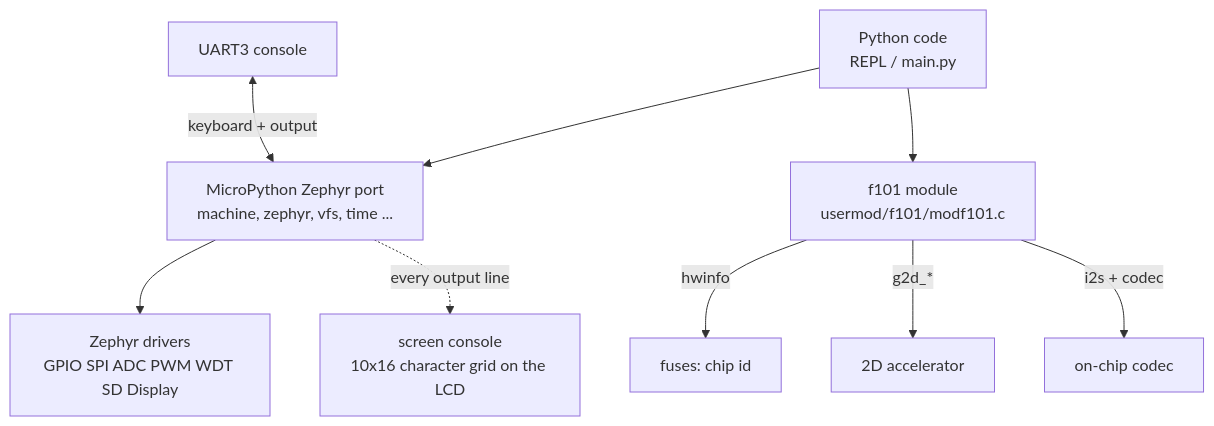
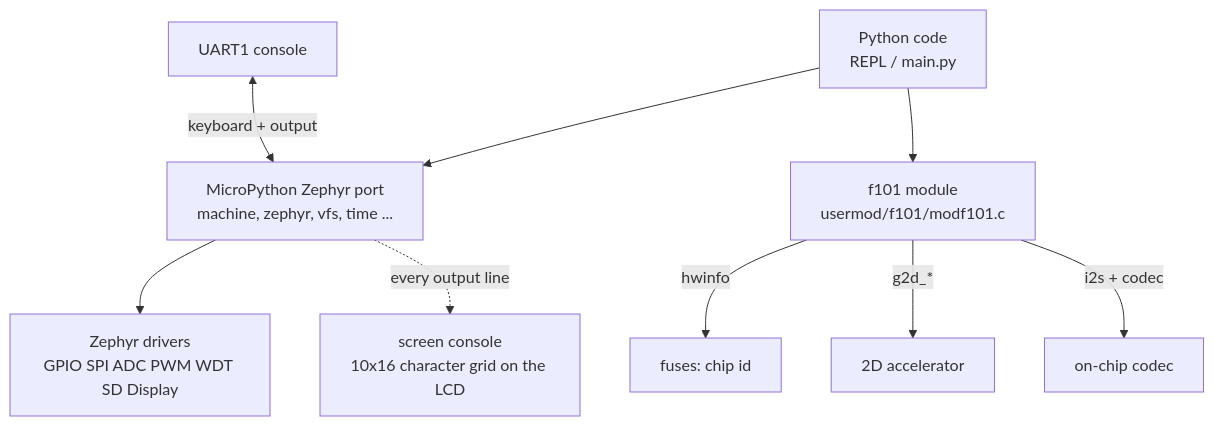
Before and after one commit to YuzukiHD/YuzukiNeko: the diagram in docs/src/content/docs/dev/zephyr/apps/micropython.md, drawn with Mermaid. The commit also changed other lines of this file and 107 other files, not shown here.

````diff
--- a/docs/src/content/docs/dev/zephyr/apps/micropython.md
+++ b/docs/src/content/docs/dev/zephyr/apps/micropython.md
@@ -7,11 +12,11 @@
 ```mermaid
 flowchart TB
     PY["Python code<br/>REPL / main.py"] --> MP["MicroPython Zephyr port<br/>machine, zephyr, vfs, time ..."]
     PY --> F101["f101 module<br/>usermod/f101/modf101.c"]
     MP --> ZEPHYR["Zephyr drivers<br/>GPIO SPI ADC PWM WDT SD Display"]
     F101 -->|"hwinfo"| SID["fuses: chip id"]
     F101 -->|"g2d_*"| G2D["2D accelerator"]
     F101 -->|"i2s + codec"| AUDIO["on-chip codec"]
-    UART["UART3 console"] <-->|"keyboard + output"| MP
+    UART["UART1 console"] <-->|"keyboard + output"| MP
     MP -.->|"every output line"| SCR["screen console<br/>10x16 character grid on the LCD"]
 ```
````
